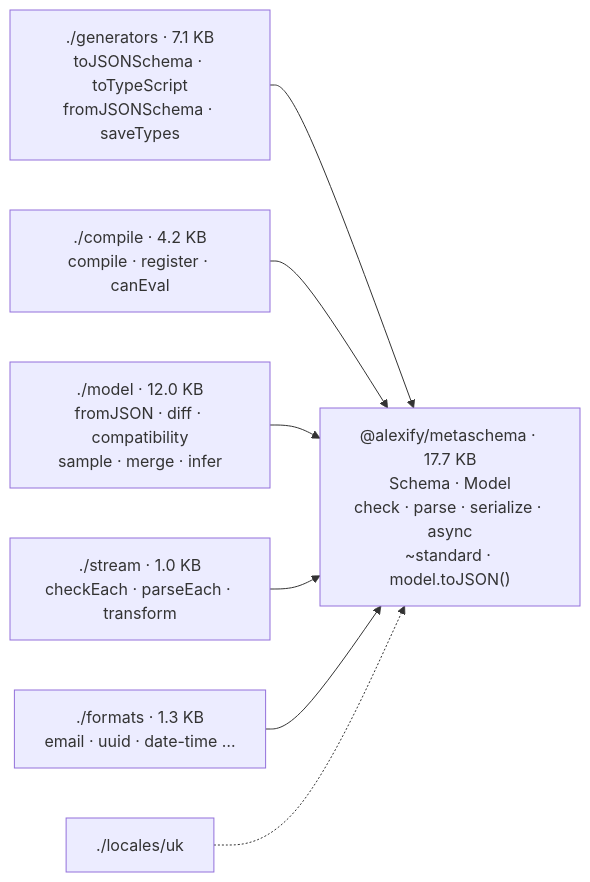
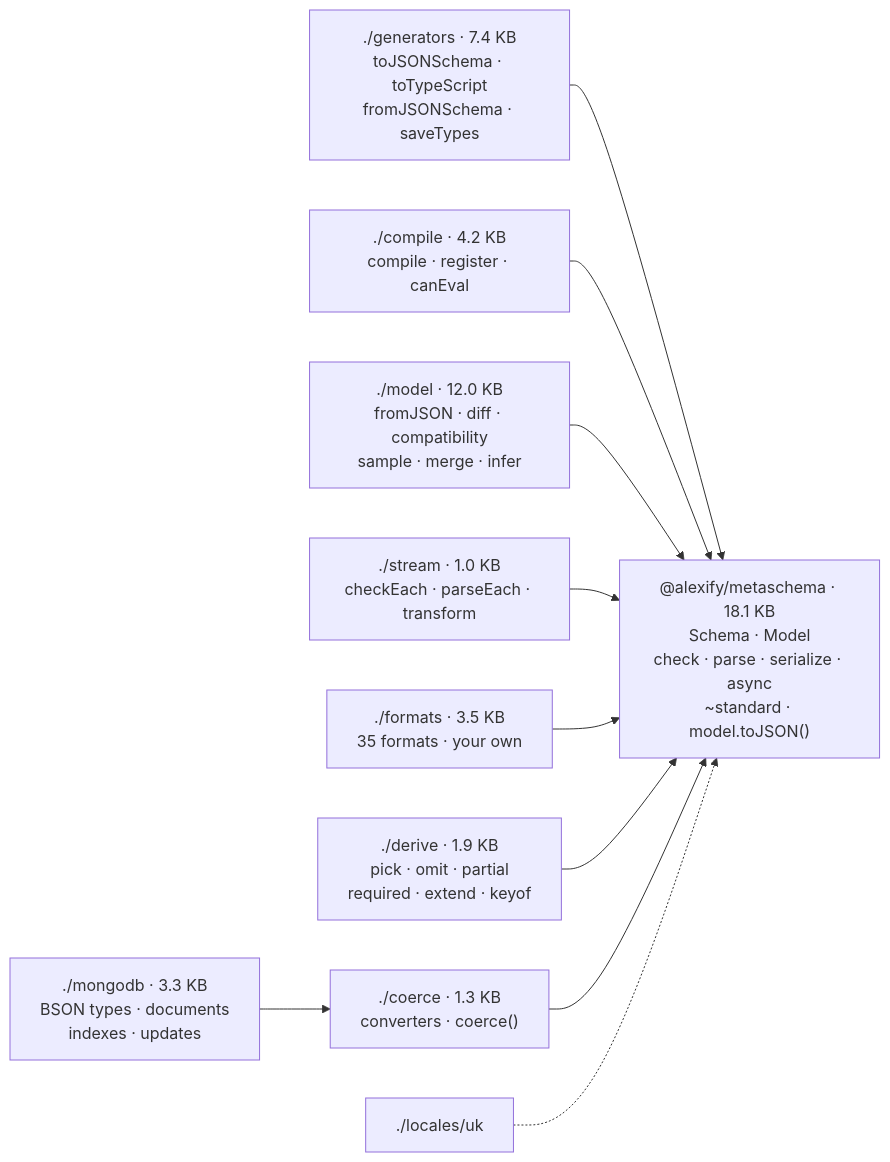
The second of 9 diagrams in docs/guide/architecture.md (Alexis-Technologies/metaschema), drawn with Mermaid before and after one commit. The commit also changed other lines of this file and 16 other files, not shown here.

First line of the commit message:
docs: coercion, derive, mongodb, formats; the matrix and the gaps

````diff
--- a/docs/guide/architecture.md
+++ b/docs/guide/architecture.md
@@ -38,10 +38,13 @@
 ```mermaid
 flowchart LR
-    GEN["./generators · 7.1 KB<br/>toJSONSchema · toTypeScript<br/>fromJSONSchema · saveTypes"] --> CORE
+    GEN["./generators · 7.4 KB<br/>toJSONSchema · toTypeScript<br/>fromJSONSchema · saveTypes"] --> CORE
     COMP["./compile · 4.2 KB<br/>compile · register · canEval"] --> CORE
     MOD["./model · 12.0 KB<br/>fromJSON · diff · compatibility<br/>sample · merge · infer"] --> CORE
     STR["./stream · 1.0 KB<br/>checkEach · parseEach · transform"] --> CORE
-    FMT["./formats · 1.3 KB<br/>email · uuid · date-time …"] --> CORE
+    FMT["./formats · 3.5 KB<br/>35 formats · your own"] --> CORE
+    DER["./derive · 1.9 KB<br/>pick · omit · partial<br/>required · extend · keyof"] --> CORE
+    COE["./coerce · 1.3 KB<br/>converters · coerce()"] --> CORE
+    MDB["./mongodb · 3.3 KB<br/>BSON types · documents<br/>indexes · updates"] --> COE
     LOC["./locales/uk"] -.-> CORE
-    CORE["@alexify/metaschema · 17.7 KB<br/>Schema · Model<br/>check · parse · serialize · async<br/>~standard · model.toJSON()"]
+    CORE["@alexify/metaschema · 18.1 KB<br/>Schema · Model<br/>check · parse · serialize · async<br/>~standard · model.toJSON()"]
 ```
````
